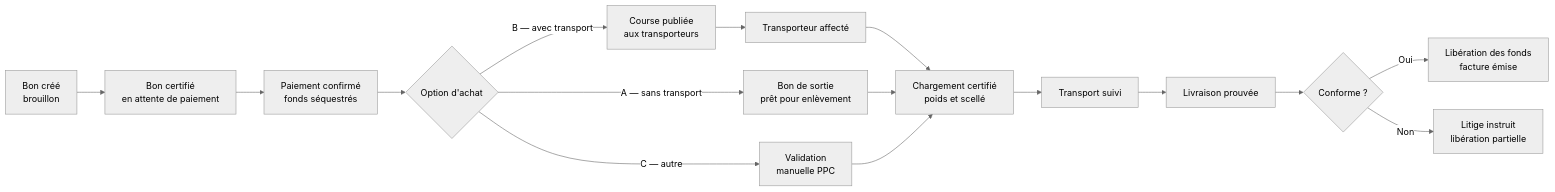
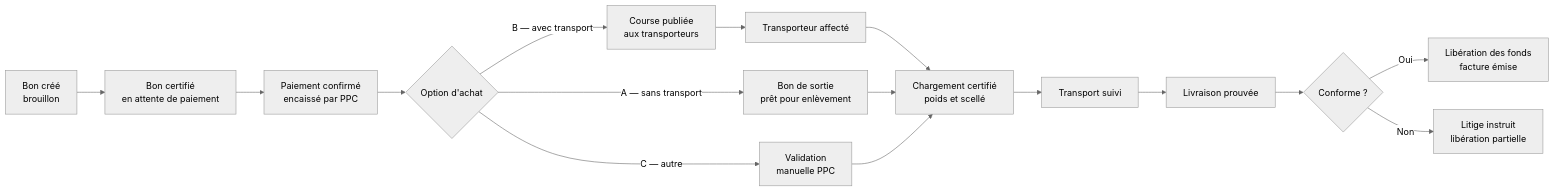
One commit to dilevembamu12/fbb-ppc-apix changed the second of 5 diagrams in docs/03-architecture-technique.md. Above: the diagram before and after it, drawn with Mermaid (neutral theme). The commit also changed other lines of this file and 23 other files, not shown here.

````diff
--- a/docs/03-architecture-technique.md
+++ b/docs/03-architecture-technique.md
@@ -120,18 +120,18 @@
 ```mermaid
 flowchart LR
     A["Bon créé<br/>brouillon"] --> B["Bon certifié<br/>en attente de paiement"]
-    B --> C["Paiement confirmé<br/>fonds séquestrés"]
+    B --> C["Paiement confirmé<br/>encaissé par PPC"]
     C --> D{"Option d'achat"}
     D -->|A — sans transport| E["Bon de sortie<br/>prêt pour enlèvement"]
     D -->|B — avec transport| F["Course publiée<br/>aux transporteurs"]
     D -->|C — autre| G["Validation<br/>manuelle PPC"]
     F --> H["Transporteur affecté"]
     H --> I["Chargement certifié<br/>poids et scellé"]
     E --> I
     G --> I
     I --> J["Transport suivi"]
     J --> K["Livraison prouvée"]
     K --> L{"Conforme ?"}
     L -->|Oui| M["Libération des fonds<br/>facture émise"]
     L -->|Non| N["Litige instruit<br/>libération partielle"]
 ```
````
